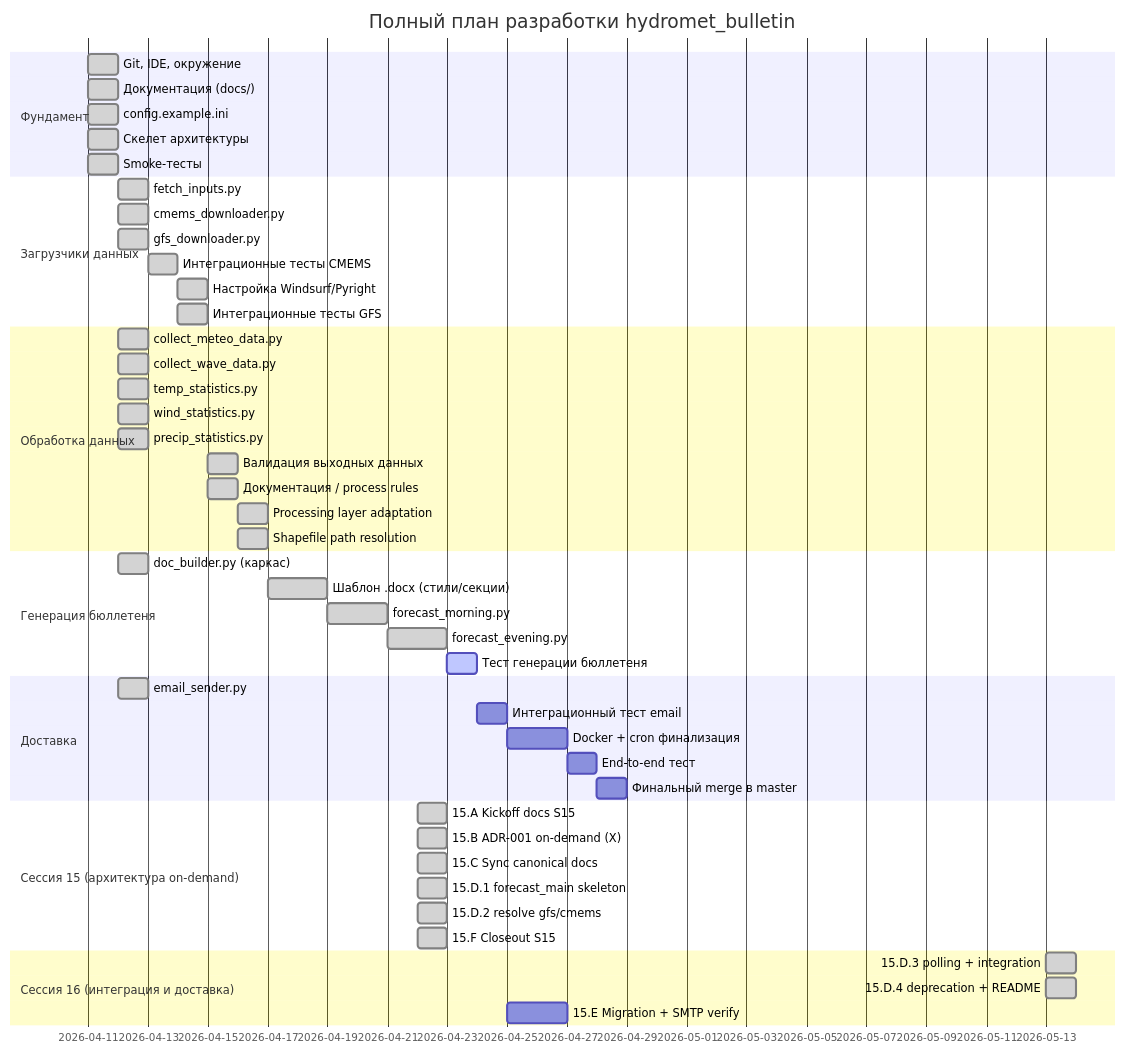
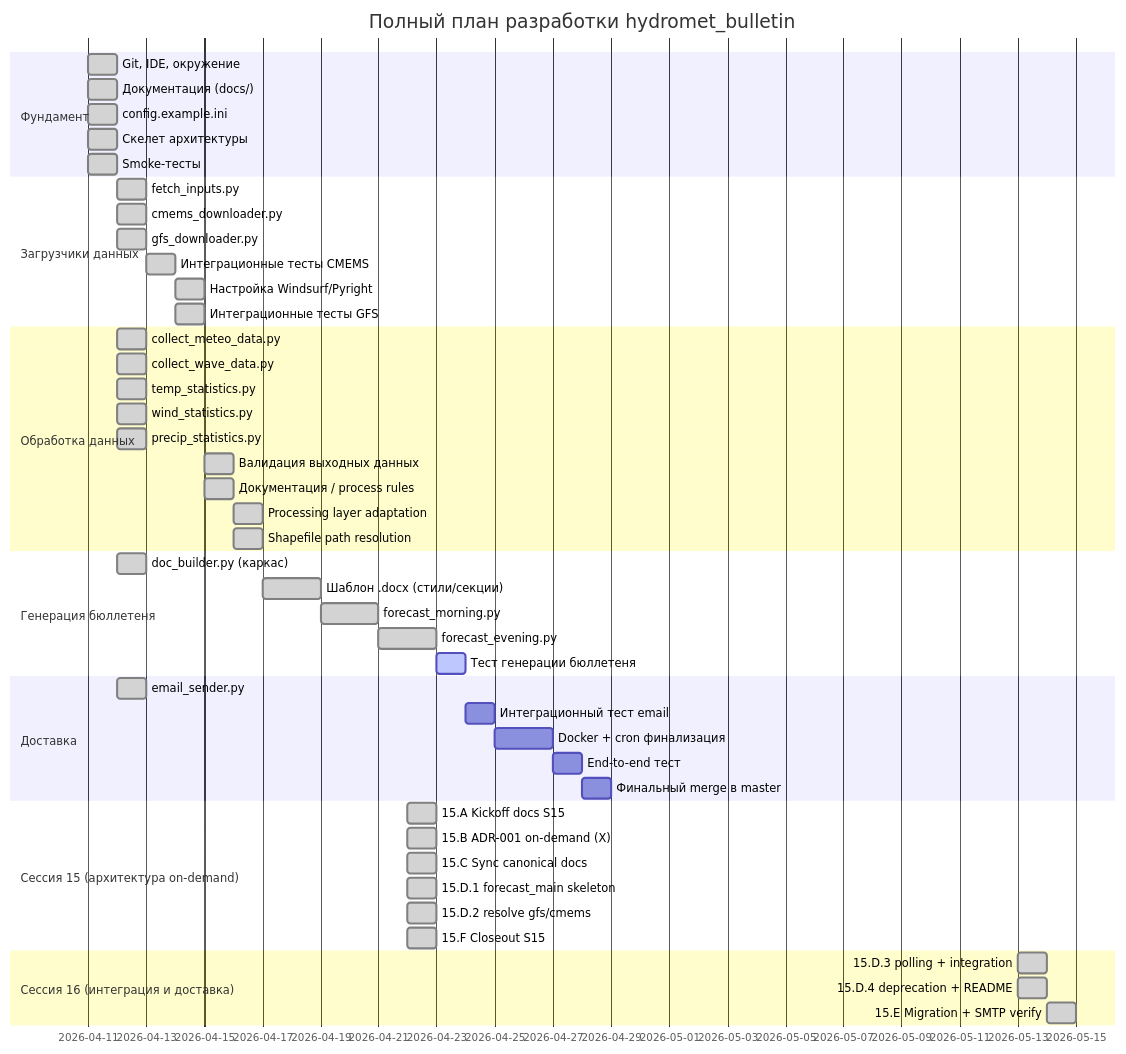
Before and after one commit to zubkovfpk/hydromet_bulletin: the first of 3 diagrams in docs/project_progress.md, drawn with Mermaid. The commit also changed other lines of this file and 1 other file, not shown here.

````diff
--- a/docs/project_progress.md
+++ b/docs/project_progress.md
@@ -5,51 +5,52 @@
 ```mermaid
 gantt
     title Полный план разработки hydromet_bulletin
     dateFormat YYYY-MM-DD
     section Фундамент
     Git, IDE, окружение          :done, 2026-04-11, 1d
     Документация (docs/)         :done, 2026-04-11, 1d
     config.example.ini           :done, 2026-04-11, 1d
     Скелет архитектуры           :done, 2026-04-11, 1d
     Smoke-тесты                  :done, 2026-04-11, 1d
     section Загрузчики данных
     fetch_inputs.py              :done, 2026-04-12, 1d
     cmems_downloader.py          :done, 2026-04-12, 1d
     gfs_downloader.py            :done, 2026-04-12, 1d
     Интеграционные тесты CMEMS   :done, 2026-04-13, 1d
     Настройка Windsurf/Pyright   :done, 2026-04-14, 1d
     Интеграционные тесты GFS     :done, 2026-04-14, 1d
     section Обработка данных
     collect_meteo_data.py        :done, 2026-04-12, 1d
     collect_wave_data.py         :done, 2026-04-12, 1d
     temp_statistics.py           :done, 2026-04-12, 1d
     wind_statistics.py           :done, 2026-04-12, 1d
     precip_statistics.py         :done, 2026-04-12, 1d
     Валидация выходных данных    :done, 2026-04-15, 1d
     Документация / process rules :done, 2026-04-15, 1d
     Processing layer adaptation  :done, 2026-04-16, 1d
     Shapefile path resolution    :done, 2026-04-16, 1d
     section Генерация бюллетеня
     doc_builder.py (каркас)      :done, 2026-04-12, 1d
     Шаблон .docx (стили/секции) :done, 2026-04-17, 2d
     forecast_morning.py          :done, 2026-04-19, 2d
     forecast_evening.py          :done, 2026-04-21, 2d
     Тест генерации бюллетеня     :active, 2026-04-23, 1d
     section Доставка
     email_sender.py              :done, 2026-04-12, 1d
     Интеграционный тест email    :2026-04-24, 1d
     Docker + cron финализация    :2026-04-25, 2d
     End-to-end тест              :2026-04-27, 1d
     Финальный merge в master     :2026-04-28, 1d
     section Сессия 15 (архитектура on-demand)
     15.A Kickoff docs S15            :done, 2026-04-22, 1d
     15.B ADR-001 on-demand (X)       :done, 2026-04-22, 1d
     15.C Sync canonical docs         :done, 2026-04-22, 1d
     15.D.1 forecast_main skeleton    :done, 2026-04-22, 1d
     15.D.2 resolve gfs/cmems         :done, 2026-04-22, 1d
     15.F Closeout S15                :done, 2026-04-22, 1d
     section Сессия 16 (интеграция и доставка)
     15.D.3 polling + integration     :done, 2026-05-13, 1d
     15.D.4 deprecation + README      :done, 2026-05-13, 1d
-    15.E Migration + SMTP verify     :2026-04-25, 2d
+    15.E Migration + SMTP verify     :done, 2026-05-14, 1d
+    %% Note: 15.E closed partial — DT-14-U (SMTP verify) deferred to S17.1.
 ```
````
